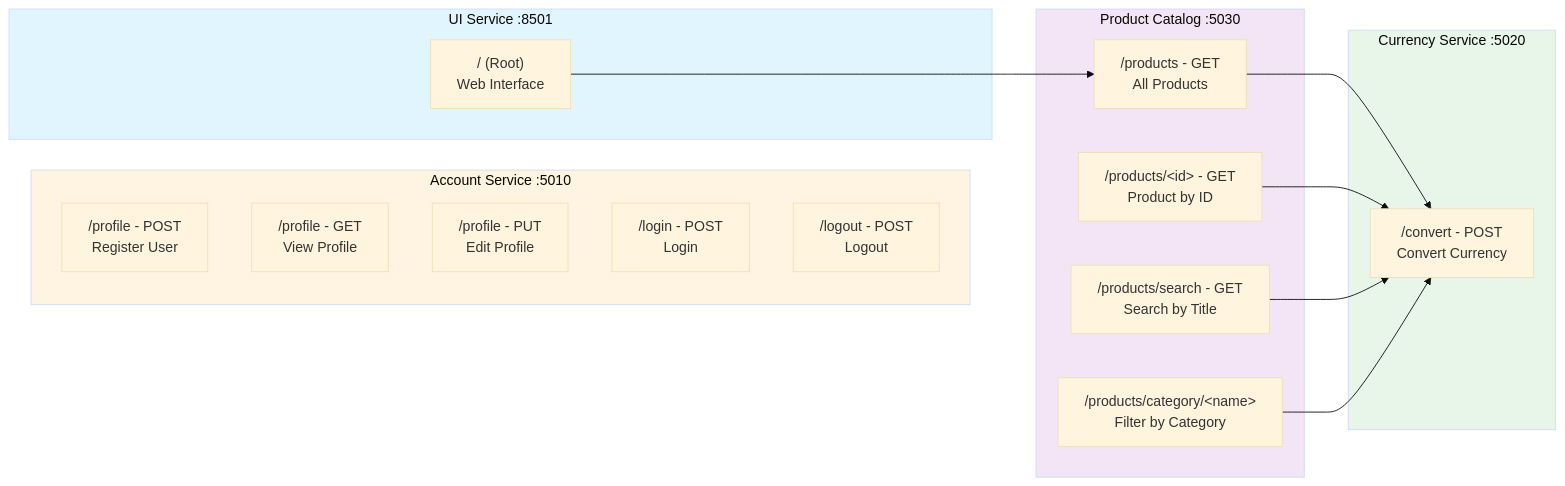
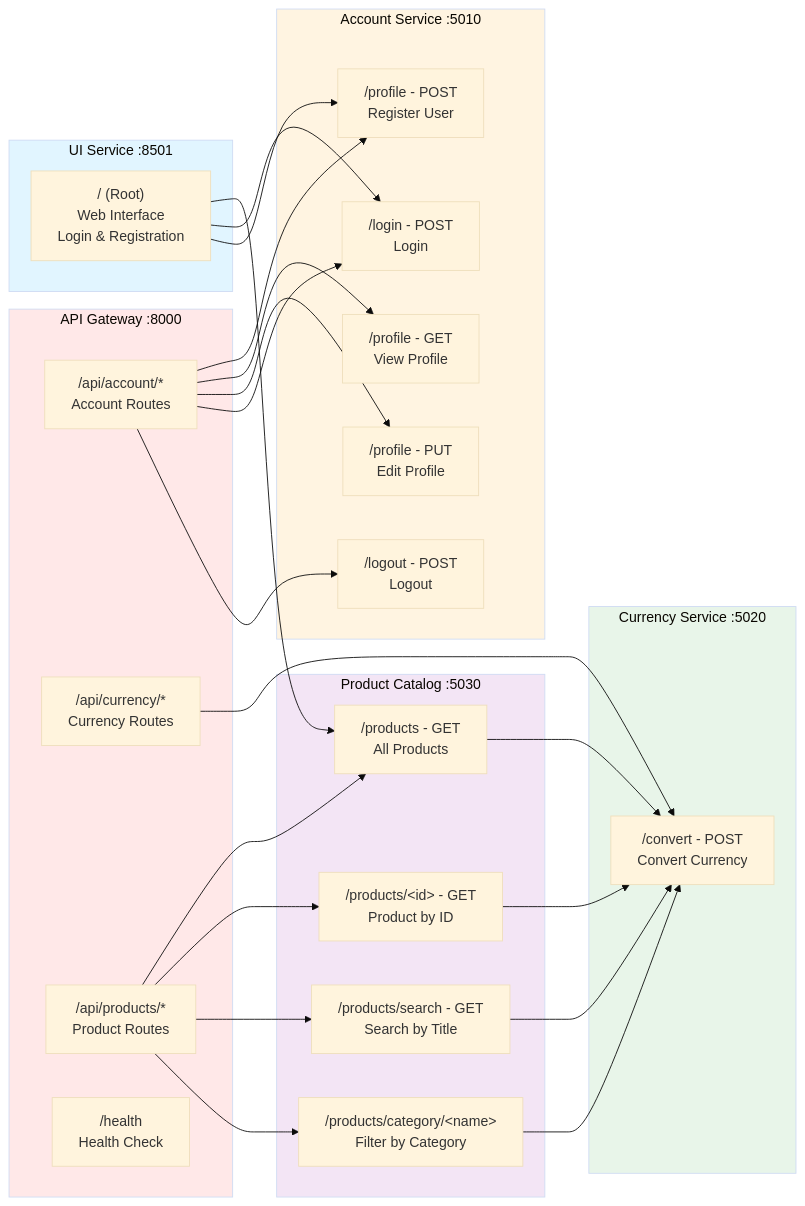
The third of 7 diagrams in documentation/architecture.md (ITAKEA/Shopping_Site_Microservices), drawn with Mermaid (base theme) before and after one commit. The commit also changed other lines of this file and 14 other files, not shown here.

````diff
--- a/documentation/architecture.md
+++ b/documentation/architecture.md
@@ -87,36 +111,57 @@
 ```mermaid
 graph LR
+    subgraph Gateway["API Gateway :8000"]
+        G1["/api/account/*<br/>Account Routes"]
+        G2["/api/currency/*<br/>Currency Routes"]
+        G3["/api/products/*<br/>Product Routes"]
+        G4["/health<br/>Health Check"]
+    end
+
     subgraph Account["Account Service :5010"]
         A1["/profile - POST<br/>Register User"]
         A2["/profile - GET<br/>View Profile"]
         A3["/profile - PUT<br/>Edit Profile"]
         A4["/login - POST<br/>Login"]
         A5["/logout - POST<br/>Logout"]
     end
 
     subgraph Currency["Currency Service :5020"]
         C1["/convert - POST<br/>Convert Currency"]
     end
 
     subgraph Product["Product Catalog :5030"]
         P1["/products - GET<br/>All Products"]
         P2["/products/&lt;id&gt; - GET<br/>Product by ID"]
         P3["/products/search - GET<br/>Search by Title"]
         P4["/products/category/&lt;name&gt;<br/>Filter by Category"]
     end
 
     subgraph UI["UI Service :8501"]
-        U1["/ (Root)<br/>Web Interface"]
+        U1["/ (Root)<br/>Web Interface<br/>Login & Registration"]
     end
+
+    G1 --> A1
+    G1 --> A2
+    G1 --> A3
+    G1 --> A4
+    G1 --> A5
+    G2 --> C1
+    G3 --> P1
+    G3 --> P2
+    G3 --> P3
+    G3 --> P4
 
     P1 --> C1
     P2 --> C1
     P3 --> C1
     P4 --> C1
     U1 --> P1
+    U1 --> A4
+    U1 --> A1
 
+    style Gateway fill:#ffe8e8
     style Account fill:#fff4e1
     style Currency fill:#e8f5e9
     style Product fill:#f3e5f5
     style UI fill:#e1f5ff
 ```
````
